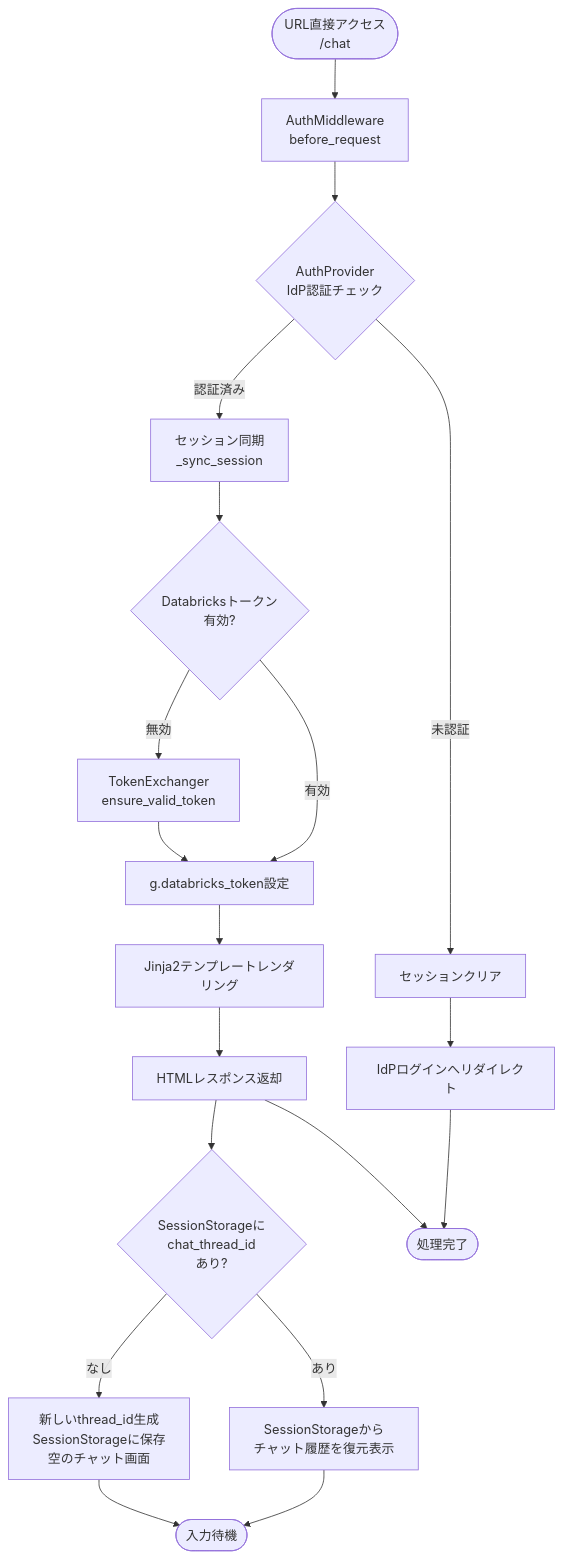
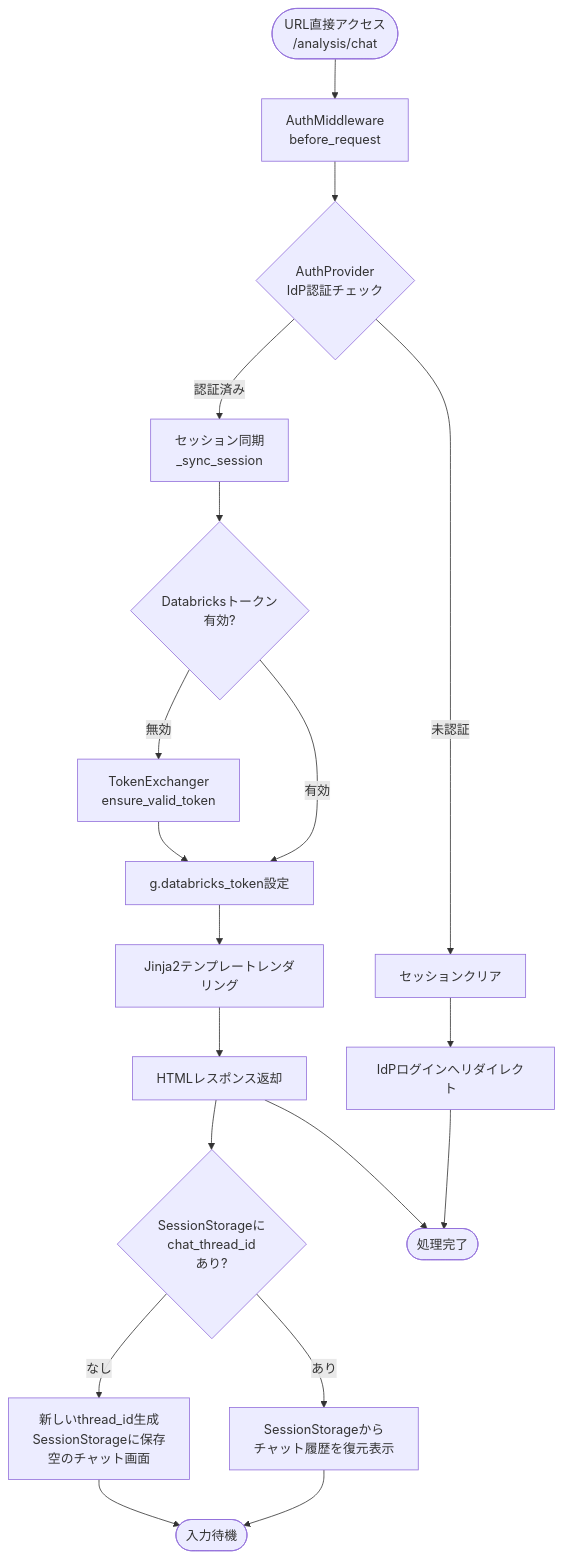
The first of 8 diagrams in docs/03-features/flask-app/conversational-ai-chat/workflow-specification.md (NSW-SVCP-AIWG002/Databricks-IoT), drawn with Mermaid before and after one commit. The commit also changed other lines of this file and 16 other files, not shown here.

````diff
--- a/docs/03-features/flask-app/conversational-ai-chat/workflow-specification.md
+++ b/docs/03-features/flask-app/conversational-ai-chat/workflow-specification.md
@@ -143,26 +143,26 @@
 ```mermaid
 flowchart TD
-    Start([URL直接アクセス<br>/chat]) --> Auth[AuthMiddleware<br>before_request]
+    Start([URL直接アクセス<br>/analysis/chat]) --> Auth[AuthMiddleware<br>before_request]
     Auth --> CheckIdP{AuthProvider<br>IdP認証チェック}
     CheckIdP -->|未認証| ClearSession[セッションクリア]
     ClearSession --> LoginRedirect[IdPログインへリダイレクト]
 
     CheckIdP -->|認証済み| SyncSession[セッション同期<br>_sync_session]
     SyncSession --> TokenCheck{Databricksトークン<br>有効?}
     TokenCheck -->|無効| TokenExchange[TokenExchanger<br>ensure_valid_token]
     TokenCheck -->|有効| SetG[g.databricks_token設定]
     TokenExchange --> SetG
 
     SetG --> Template[Jinja2テンプレートレンダリング]
     Template --> Response[HTMLレスポンス返却]
     Response --> CheckSS{SessionStorageに<br>chat_thread_id<br>あり?}
 
     CheckSS -->|あり| RestoreHistory["SessionStorageから<br>チャット履歴を復元表示"]
     CheckSS -->|なし| NewThread["新しいthread_id生成<br>SessionStorageに保存<br>空のチャット画面"]
 
     RestoreHistory --> Ready([入力待機])
     NewThread --> Ready
 
     LoginRedirect --> End([処理完了])
     Response --> End
 ```
````
